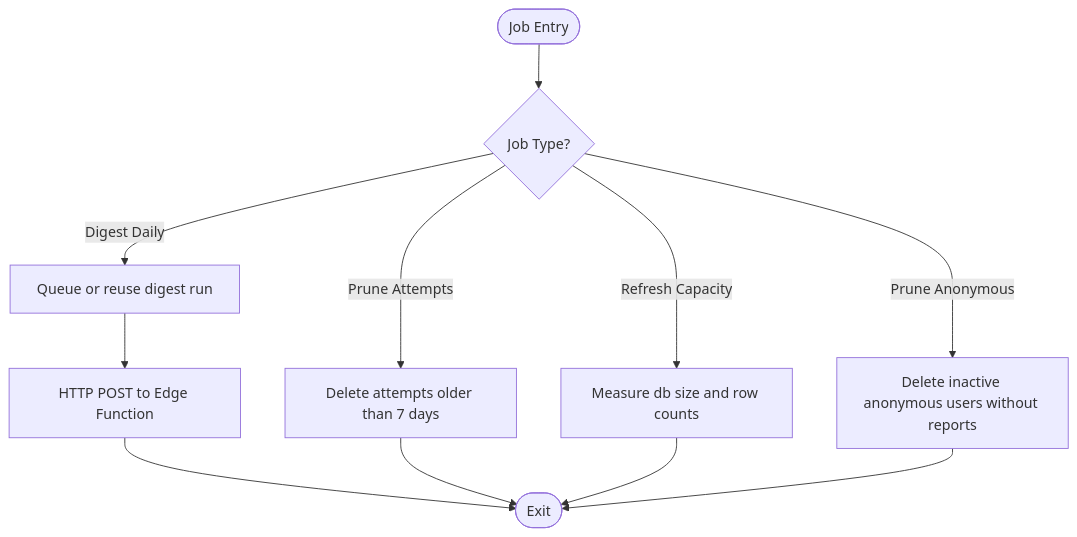
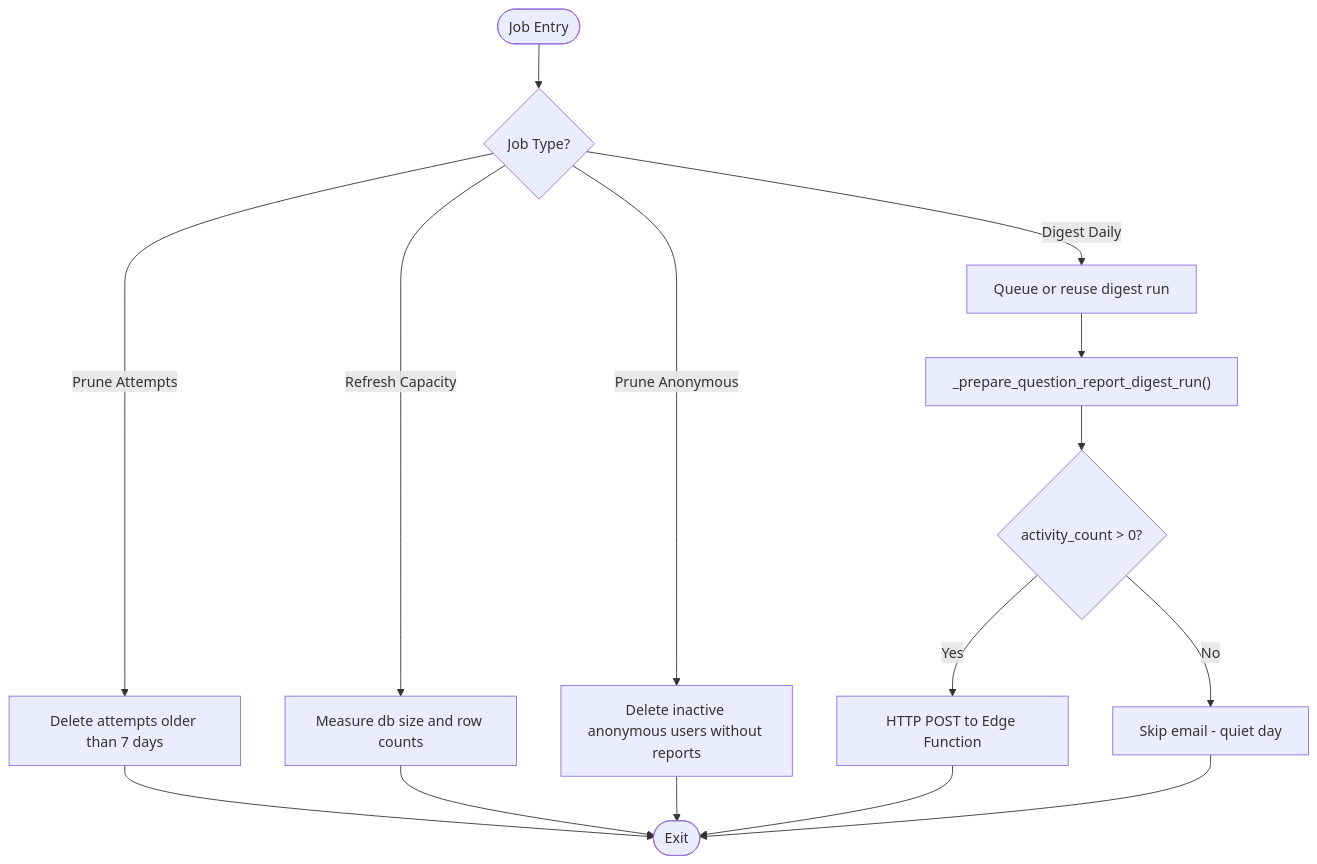
The third of 8 diagrams in .qoder/repowiki/en/content/Monitoring and Maintenance/Maintenance System.md (muhammadhabibullah/tbs-lpdp), drawn with Mermaid before and after one commit. The commit also changed other lines of this file and 6 other files, not shown here.

````diff
--- a/.qoder/repowiki/en/content/Monitoring and Maintenance/Maintenance System.md
+++ b/.qoder/repowiki/en/content/Monitoring and Maintenance/Maintenance System.md
@@ -150,13 +171,17 @@
 ```mermaid
 flowchart TD
 Start([Job Entry]) --> CheckType{"Job Type?"}
 CheckType --> |Prune Attempts| DeleteOld["Delete attempts older than 7 days"]
 CheckType --> |Refresh Capacity| Measure["Measure db size and row counts"]
 CheckType --> |Prune Anonymous| Cleanup["Delete inactive anonymous users without reports"]
 CheckType --> |Digest Daily| Queue["Queue or reuse digest run"]
-Queue --> CallEF["HTTP POST to Edge Function"]
+Queue --> Prepare["_prepare_question_report_digest_run()"]
+Prepare --> CheckActivity{"activity_count > 0?"}
+CheckActivity --> |Yes| CallEF["HTTP POST to Edge Function"]
+CheckActivity --> |No| SkipEmail["Skip email - quiet day"]
 CallEF --> End([Exit])
 DeleteOld --> End
 Measure --> End
 Cleanup --> End
+SkipEmail --> End
 ```
````
